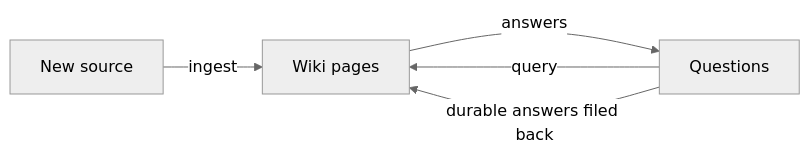
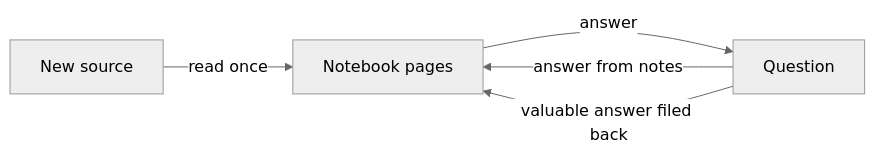
One commit to jonyfs/llm-wiki-template changed the first of 4 diagrams in README.md. Above: the diagram before and after it, drawn with Mermaid (neutral theme). The commit also changed other lines of this file, not shown here.

````diff
--- a/README.md
+++ b/README.md
@@ -15,7 +19,7 @@
 ```mermaid
 flowchart LR
-    S[New source] -->|ingest| W[Wiki pages]
-    Q[Questions] -->|query| W
-    W -->|answers| Q
-    Q -->|durable answers filed back| W
+    S[New source] -->|read once| N[Notebook pages]
+    Q[Question] -->|answer from notes| N
+    N -->|answer| Q
+    Q -->|valuable answer filed back| N
 ```
````
